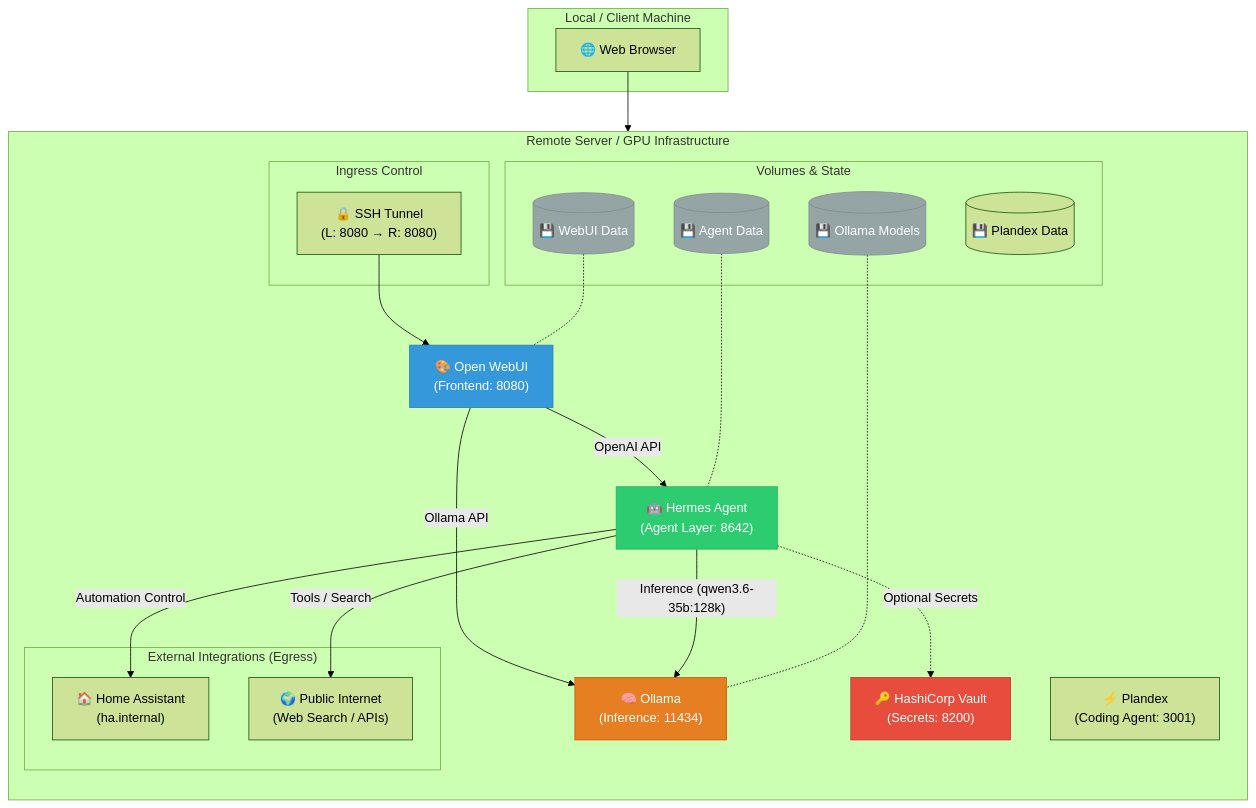
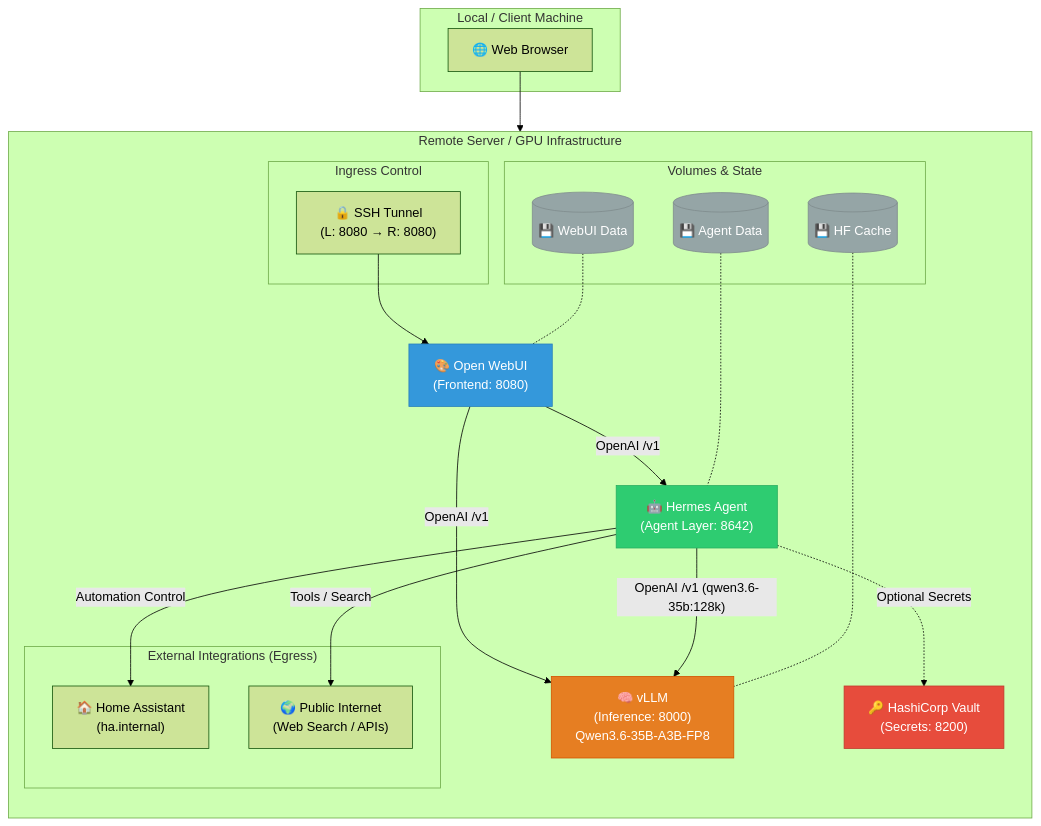
Before and after one commit to bryantharpe/dgx-ollama-hermes-config: the diagram in README.md, drawn with Mermaid (forest theme). The commit also changed other lines of this file and 20 other files, not shown here.

````diff
--- a/README.md
+++ b/README.md
@@ -9,70 +9,68 @@
 ```mermaid
 graph TD
     subgraph "Local / Client Machine"
         Browser["🌐 Web Browser"]
     end
 
     subgraph "Remote Server / GPU Infrastructure"
         direction TB
 
         %% Ingress Point
         subgraph "Ingress Control"
             SSH["🔒 SSH Tunnel<br/>(L: 8080 → R: 8080)"]
         end
 
         %% Application Stack
         WebUI["🎨 Open WebUI<br/>(Frontend: 8080)"]
         Hermes["🤖 Hermes Agent<br/>(Agent Layer: 8642)"]
-        Ollama["🧠 Ollama<br/>(Inference: 11434)"]
+        VLLM["🧠 vLLM<br/>(Inference: 8000)<br/>Qwen3.6-35B-A3B-FP8"]
         Vault["🔑 HashiCorp Vault<br/>(Secrets: 8200)"]
-        Plandex["⚡ Plandex<br/>(Coding Agent: 3001)"]
 
         %% Persistent Storage
         subgraph "Volumes & State"
-            OllamaData[("💾 Ollama Models")]
+            HFCache[("💾 HF Cache")]
             HermesData[("💾 Agent Data")]
             WebUIData[("💾 WebUI Data")]
-            PlandexData[("💾 Plandex Data")]
         end
 
         %% External Egress
         subgraph "External Integrations (Egress)"
             HASS["🏠 Home Assistant<br/>(ha.internal)"]
             Internet["🌍 Public Internet<br/>(Web Search / APIs)"]
         end
 
         %% Relationships & Network Flow
         Browser --> SSH
         SSH --> WebUI
 
         %% Frontend connections
-        WebUI -- "OpenAI API" --> Hermes
-        WebUI -- "Ollama API" --> Ollama
+        WebUI -- "OpenAI /v1" --> Hermes
+        WebUI -- "OpenAI /v1" --> VLLM
 
         %% Agent logic flow
-        Hermes -- "Inference (qwen3.6-35b:128k)" --> Ollama
+        Hermes -- "OpenAI /v1 (qwen3.6-35b:128k)" --> VLLM
         Hermes -- "Automation Control" --> HASS
         Hermes -- "Tools / Search" --> Internet
 
         %% Data persistence
-        OllamaData -.- Ollama
+        HFCache -.- VLLM
         HermesData -.- Hermes
         WebUIData -.- WebUI
 
         %% Secrets Management
         Hermes -. "Optional Secrets" .-> Vault
     end
 
     %% Styles
     classDef frontend fill:#3498db,stroke:#2980b9,color:#fff;
     classDef agent fill:#2ecc71,stroke:#27ae60,color:#fff;
     classDef backend fill:#e67e22,stroke:#d35400,color:#fff;
     classDef storage fill:#95a5a6,stroke:#7f8c8d,color:#fff;
     classDef security fill:#e74c3c,stroke:#c0392b,color:#fff;
 
     class WebUI frontend;
     class Hermes agent;
-    class Ollama backend;
-    class OllamaData,HermesData,WebUIData storage;
+    class VLLM backend;
+    class HFCache,HermesData,WebUIData storage;
     class Vault security;
 ```
````
